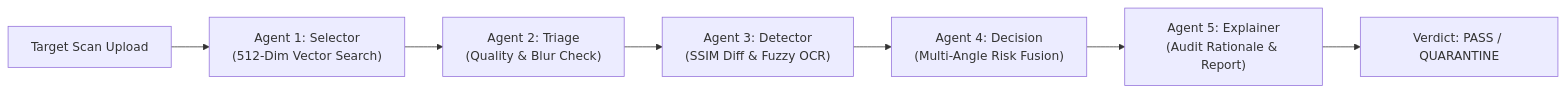
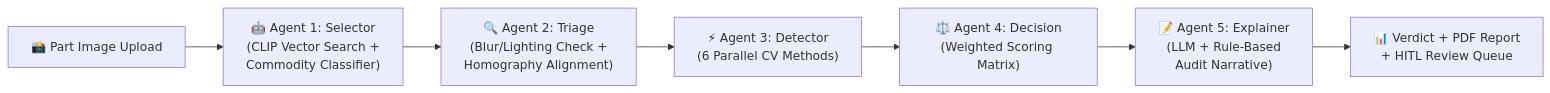
One commit to IdeaForg-e/VeriVision-AI changed the first of 2 diagrams in README.md. Above: the diagram before and after it, drawn with Mermaid. The commit also changed other lines of this file and 1 other file, not shown here.

Commit message:
docs: add high-level impact README and 5-Agent deep dive AGENTS workflow documentation for Dell FutureMind AI Hackathon

````diff
--- a/README.md
+++ b/README.md
@@ -18,9 +92,9 @@
 ```mermaid
 flowchart LR
-    A["Target Scan Upload"] --> B["Agent 1: Selector\n(512-Dim Vector Search)"]
-    B --> C["Agent 2: Triage\n(Quality & Blur Check)"]
-    C --> D["Agent 3: Detector\n(SSIM Diff & Fuzzy OCR)"]
-    D --> E["Agent 4: Decision\n(Multi-Angle Risk Fusion)"]
-    E --> F["Agent 5: Explainer\n(Audit Rationale & Report)"]
-    F --> G["Verdict: PASS / QUARANTINE"]
+    A["📸 Part Image Upload"] --> B["🤖 Agent 1: Selector\n(CLIP Vector Search +\nCommodity Classifier)"]
+    B --> C["🔍 Agent 2: Triage\n(Blur/Lighting Check +\nHomography Alignment)"]
+    C --> D["⚡ Agent 3: Detector\n(6 Parallel CV Methods)"]
+    D --> E["⚖️ Agent 4: Decision\n(Weighted Scoring Matrix)"]
+    E --> F["📝 Agent 5: Explainer\n(LLM + Rule-Based\nAudit Narrative)"]
+    F --> G["📊 Verdict + PDF Report\n+ HITL Review Queue"]
 ```
````
